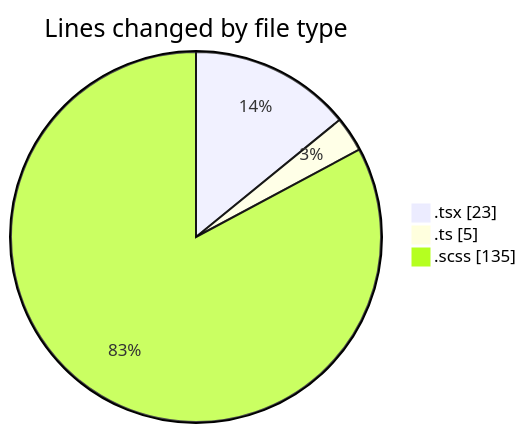
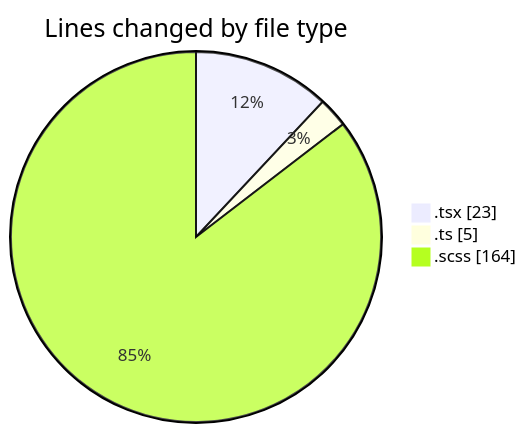
Before and after one commit to momahboobian/code-tracking: the first of 2 diagrams in 2025-02-28/cda/README.md, drawn with Mermaid. The commit also changed other lines of this file and 1 other file, not shown here.

````diff
--- a/2025-02-28/cda/README.md
+++ b/2025-02-28/cda/README.md
@@ -24,7 +24,7 @@
 ```mermaid
 pie showData
 title Lines changed by file type
 ".tsx" : 23
 ".ts" : 5
-".scss" : 135
+".scss" : 164
 ```
````
